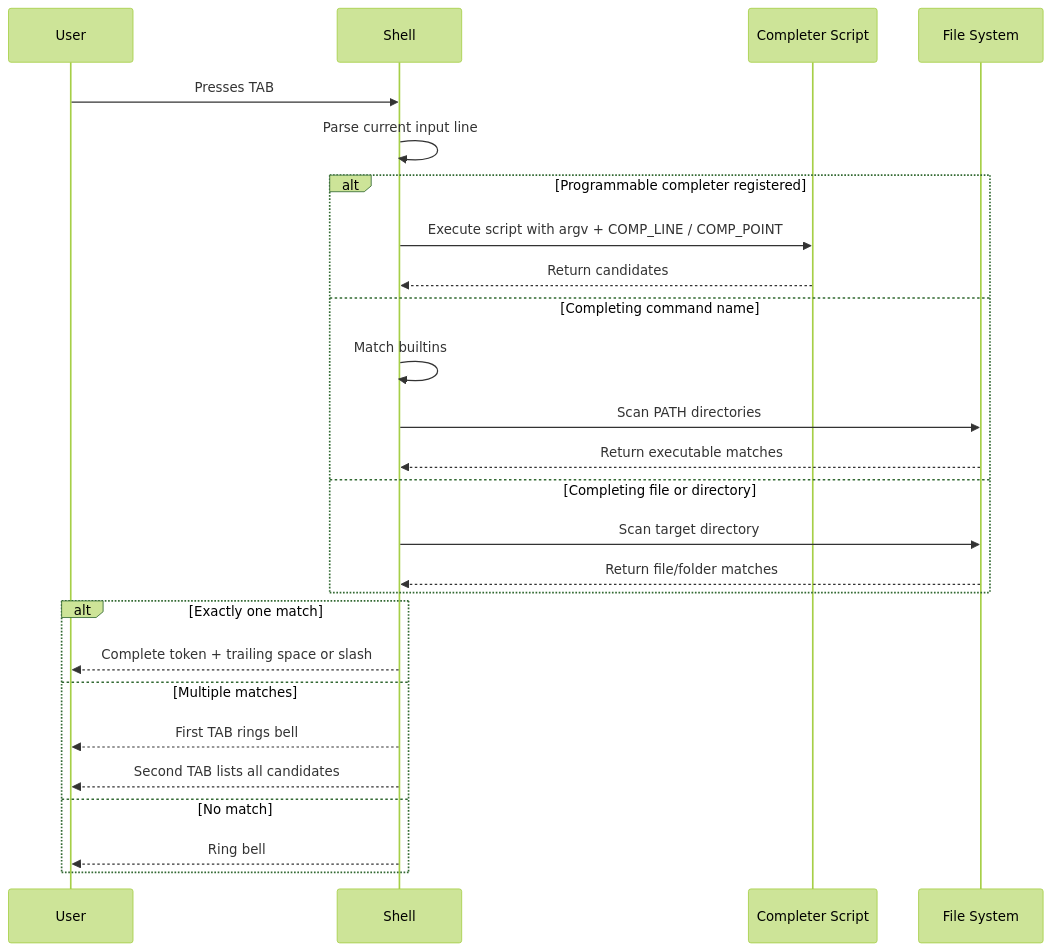
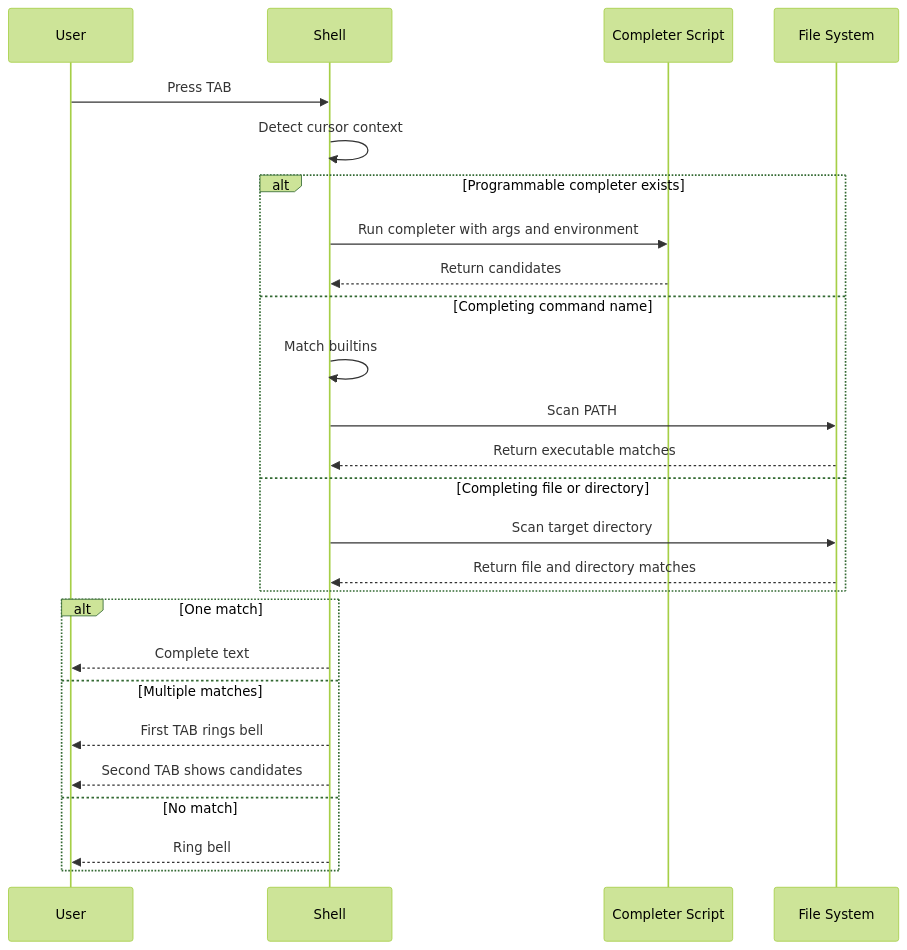
The third of 8 diagrams in README.md (ItsSanskar8/OS-ShellProject), drawn with Mermaid (forest theme) before and after one commit. The commit also changed other lines of this file, not shown here.

````diff
--- a/README.md
+++ b/README.md
@@ -52,31 +130,31 @@
 ```mermaid
 sequenceDiagram
     participant User
     participant Shell
-    participant Completer as Completer Script
+    participant Script as Completer Script
     participant FS as File System
 
-    User->>Shell: Presses TAB
-    Shell->>Shell: Parse current input line
+    User->>Shell: Press TAB
+    Shell->>Shell: Detect cursor context
 
-    alt Programmable completer registered
-        Shell->>Completer: Execute script with argv + COMP_LINE / COMP_POINT
-        Completer-->>Shell: Return candidates
+    alt Programmable completer exists
+        Shell->>Script: Run completer with args and environment
+        Script-->>Shell: Return candidates
     else Completing command name
         Shell->>Shell: Match builtins
-        Shell->>FS: Scan PATH directories
+        Shell->>FS: Scan PATH
         FS-->>Shell: Return executable matches
     else Completing file or directory
         Shell->>FS: Scan target directory
-        FS-->>Shell: Return file/folder matches
+        FS-->>Shell: Return file and directory matches
     end
 
-    alt Exactly one match
-        Shell-->>User: Complete token + trailing space or slash
+    alt One match
+        Shell-->>User: Complete text
     else Multiple matches
         Shell-->>User: First TAB rings bell
-        Shell-->>User: Second TAB lists all candidates
+        Shell-->>User: Second TAB shows candidates
     else No match
         Shell-->>User: Ring bell
     end
 ```
````
